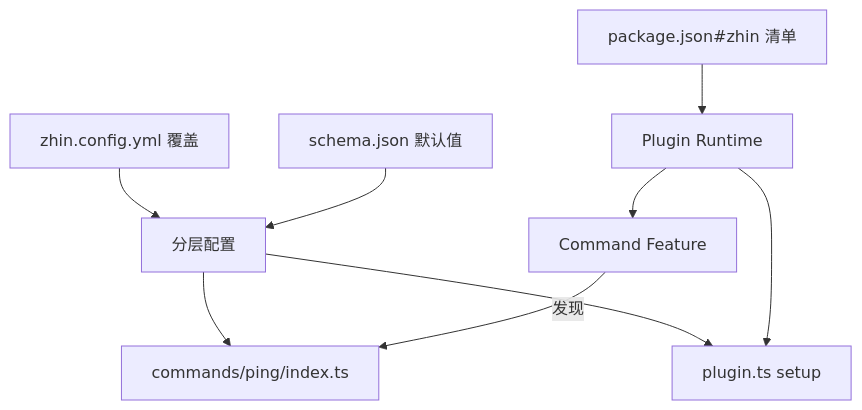
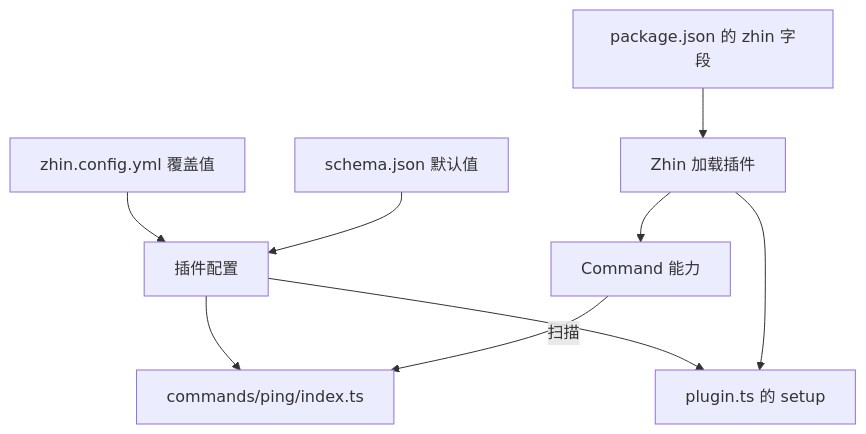
The diagram in docs/getting-started/first-plugin.md (zhinjs/zhin), drawn with Mermaid before and after one commit. The commit also changed other lines of this file and 65 other files, not shown here.

````diff
--- a/docs/getting-started/first-plugin.md
+++ b/docs/getting-started/first-plugin.md
@@ -213,11 +237,11 @@
 ```mermaid
 flowchart TD
-  M[package.json#zhin 清单] --> R[Plugin Runtime]
-  R --> F[Command Feature]
-  F -->|发现| C[commands/ping/index.ts]
-  R --> E[plugin.ts setup]
-  S[schema.json 默认值] --> CFG[分层配置]
-  Y[zhin.config.yml 覆盖] --> CFG
+  M[package.json 的 zhin 字段] --> R[Zhin 加载插件]
+  R --> F[Command 能力]
+  F -->|扫描| C[commands/ping/index.ts]
+  R --> E[plugin.ts 的 setup]
+  S[schema.json 默认值] --> CFG[插件配置]
+  Y[zhin.config.yml 覆盖值] --> CFG
   CFG --> E
   CFG --> C
 ```
````
